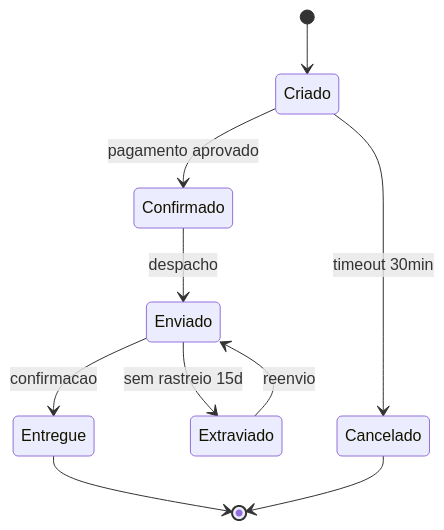
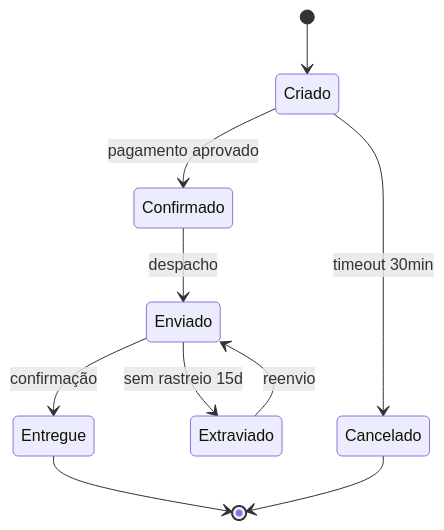
Before and after one commit to fabiobackside-code/bks-sdd-kit: the third of 4 diagrams in skills/bks-arch/references/emit-mermaid.md, drawn with Mermaid. The commit also changed other lines of this file and 79 other files, not shown here.

````diff
--- a/skills/bks-arch/references/emit-mermaid.md
+++ b/skills/bks-arch/references/emit-mermaid.md
@@ -69,12 +69,12 @@
 ```mermaid
 stateDiagram-v2
     [*] --> Criado
     Criado --> Confirmado: pagamento aprovado
     Criado --> Cancelado: timeout 30min
     Confirmado --> Enviado: despacho
-    Enviado --> Entregue: confirmacao
+    Enviado --> Entregue: confirmação
     Enviado --> Extraviado: sem rastreio 15d
     Extraviado --> Enviado: reenvio
     Entregue --> [*]
     Cancelado --> [*]
 ```
````
